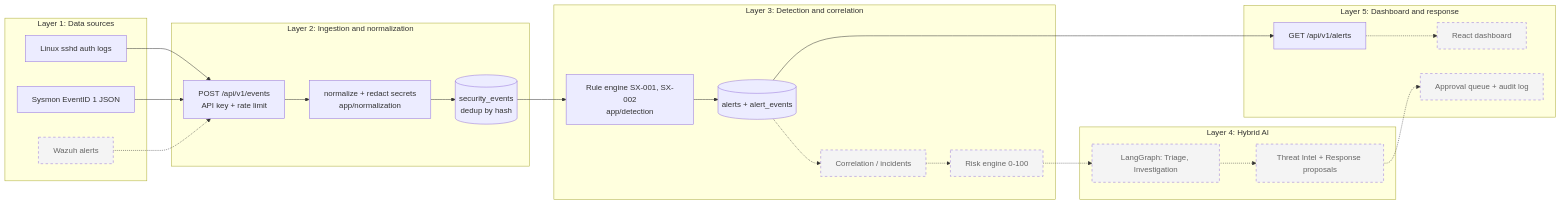
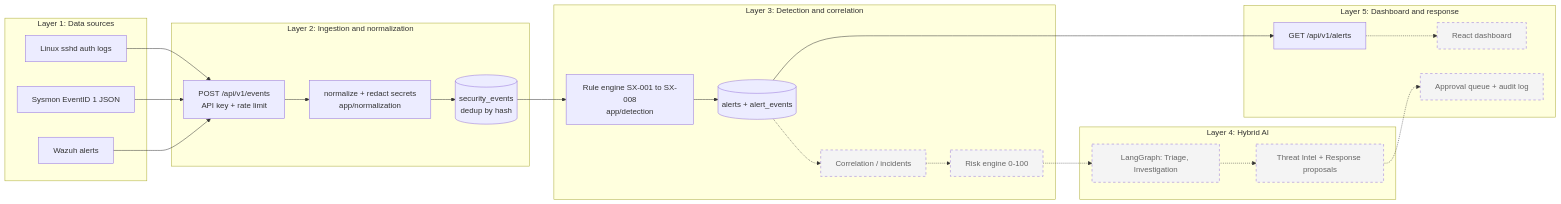
Before and after one commit to duynhat326/SentinelX-Hybrid-AI-powered-Security-Operations-Platform: the first of 2 diagrams in docs/architecture.md, drawn with Mermaid. The commit also changed other lines of this file and 22 other files, not shown here.

````diff
--- a/docs/architecture.md
+++ b/docs/architecture.md
@@ -5,36 +5,36 @@
 ```mermaid
 flowchart LR
     subgraph L1[Layer 1: Data sources]
         A1[Linux sshd auth logs]
         A2[Sysmon EventID 1 JSON]
-        A3[Wazuh alerts]:::planned
+        A3[Wazuh alerts]
     end
     subgraph L2[Layer 2: Ingestion and normalization]
         B1[POST /api/v1/events<br/>API key + rate limit]
         B2[normalize + redact secrets<br/>app/normalization]
         B3[(security_events<br/>dedup by hash)]
     end
     subgraph L3[Layer 3: Detection and correlation]
-        C1[Rule engine SX-001, SX-002<br/>app/detection]
+        C1[Rule engine SX-001 to SX-008<br/>app/detection]
         C2[(alerts + alert_events)]
         C3[Correlation / incidents]:::planned
         C4[Risk engine 0-100]:::planned
     end
     subgraph L4[Layer 4: Hybrid AI]
         D1[LangGraph: Triage, Investigation]:::planned
         D2[Threat Intel + Response proposals]:::planned
     end
     subgraph L5[Layer 5: Dashboard and response]
         E1[GET /api/v1/alerts]
         E2[React dashboard]:::planned
         E3[Approval queue + audit log]:::planned
     end
     A1 --> B1
     A2 --> B1
-    A3 -.-> B1
+    A3 --> B1
     B1 --> B2 --> B3 --> C1 --> C2
     C2 --> E1
     C2 -.-> C3 -.-> C4 -.-> D1 -.-> D2 -.-> E3
     E1 -.-> E2
     classDef planned stroke-dasharray: 5 5,fill:#f4f4f4,color:#666
 ```
````
